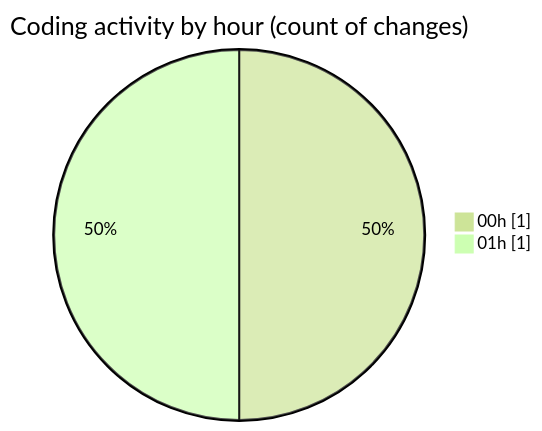
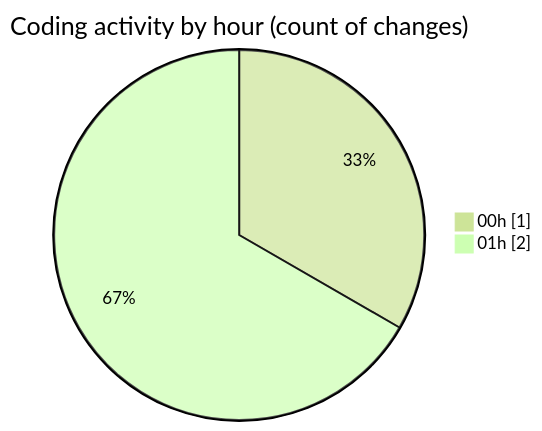
The second of 2 diagrams in 2025-11-01/cdp_aleoudev_fr__workspace_/README.md (julien-gomy/code-tracking), drawn with Mermaid (forest theme) before and after one commit. The commit also changed other lines of this file and 1 other file, not shown here.

````diff
--- a/2025-11-01/cdp_aleoudev_fr__workspace_/README.md
+++ b/2025-11-01/cdp_aleoudev_fr__workspace_/README.md
@@ -29,6 +30,6 @@
 ```mermaid
 pie showData
 title Coding activity by hour (count of changes)
 "00h" : 1
-"01h" : 1
+"01h" : 2
 ```
````
